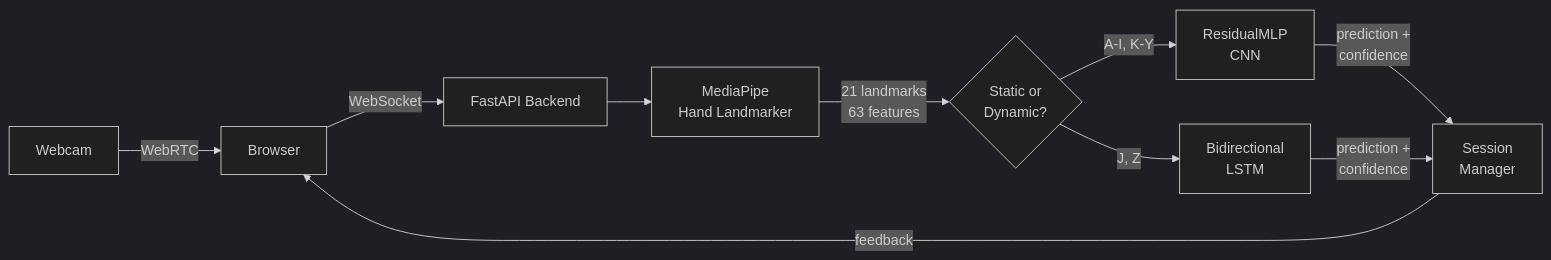
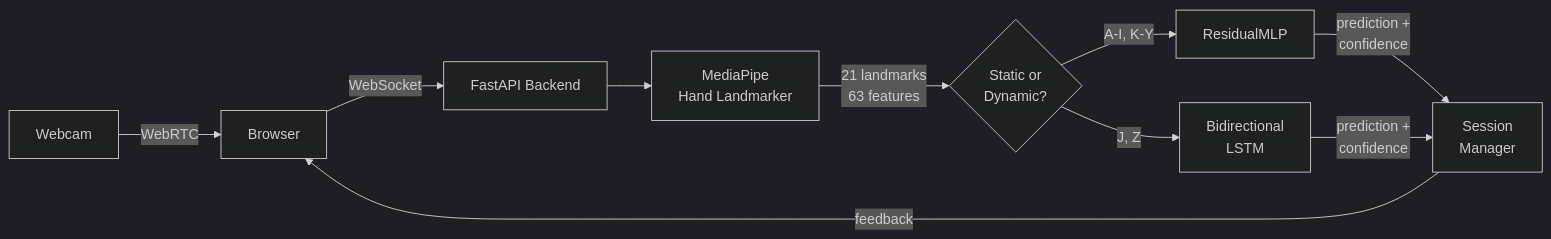
One commit to filipp-lotsmanov/sign-language changed the diagram in README.md. Above: the diagram before and after it, drawn with Mermaid (dark theme). The commit also changed other lines of this file and 1 other file, not shown here.

First line of the commit message:
docs: stop calling the ResidualMLP a CNN, drop the stale confusion-matrix TODO

````diff
--- a/README.md
+++ b/README.md
@@ -24,12 +24,12 @@
 ```mermaid
 flowchart LR
     A[Webcam] -->|WebRTC| B[Browser]
     B -->|WebSocket| C[FastAPI Backend]
     C --> D[MediaPipe<br/>Hand Landmarker]
     D -->|21 landmarks<br/>63 features| E{Static or<br/>Dynamic?}
-    E -->|A-I, K-Y| F[ResidualMLP<br/>CNN]
+    E -->|A-I, K-Y| F[ResidualMLP]
     E -->|J, Z| G[Bidirectional<br/>LSTM]
     F -->|prediction +<br/>confidence| H[Session<br/>Manager]
     G -->|prediction +<br/>confidence| H
     H -->|feedback| B
 ```
````
